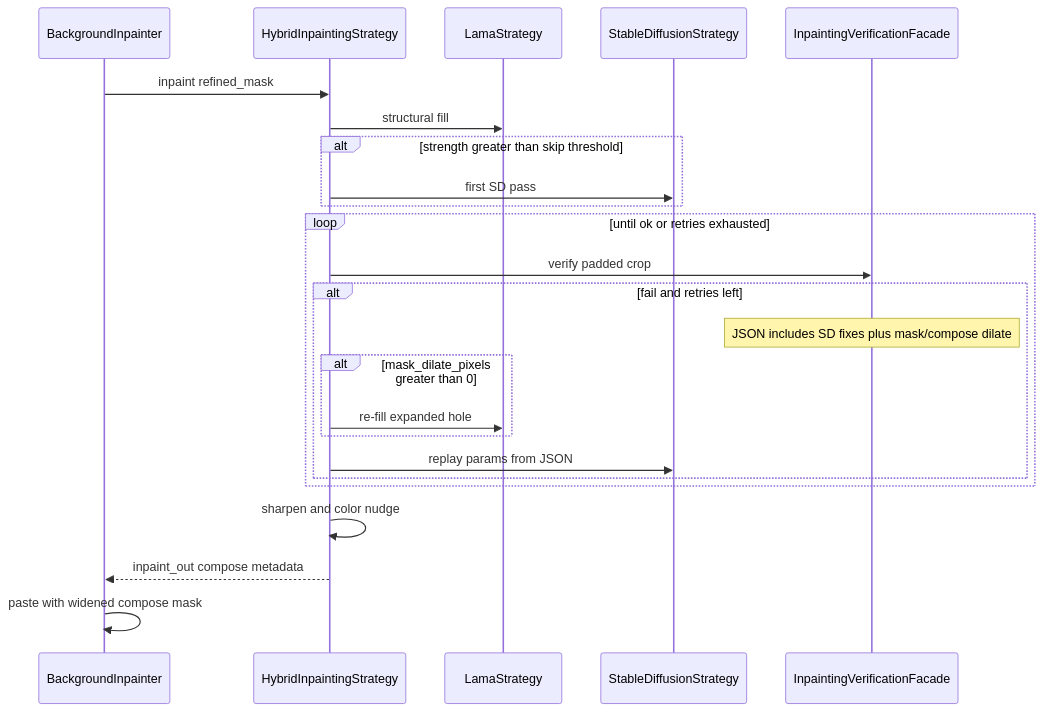
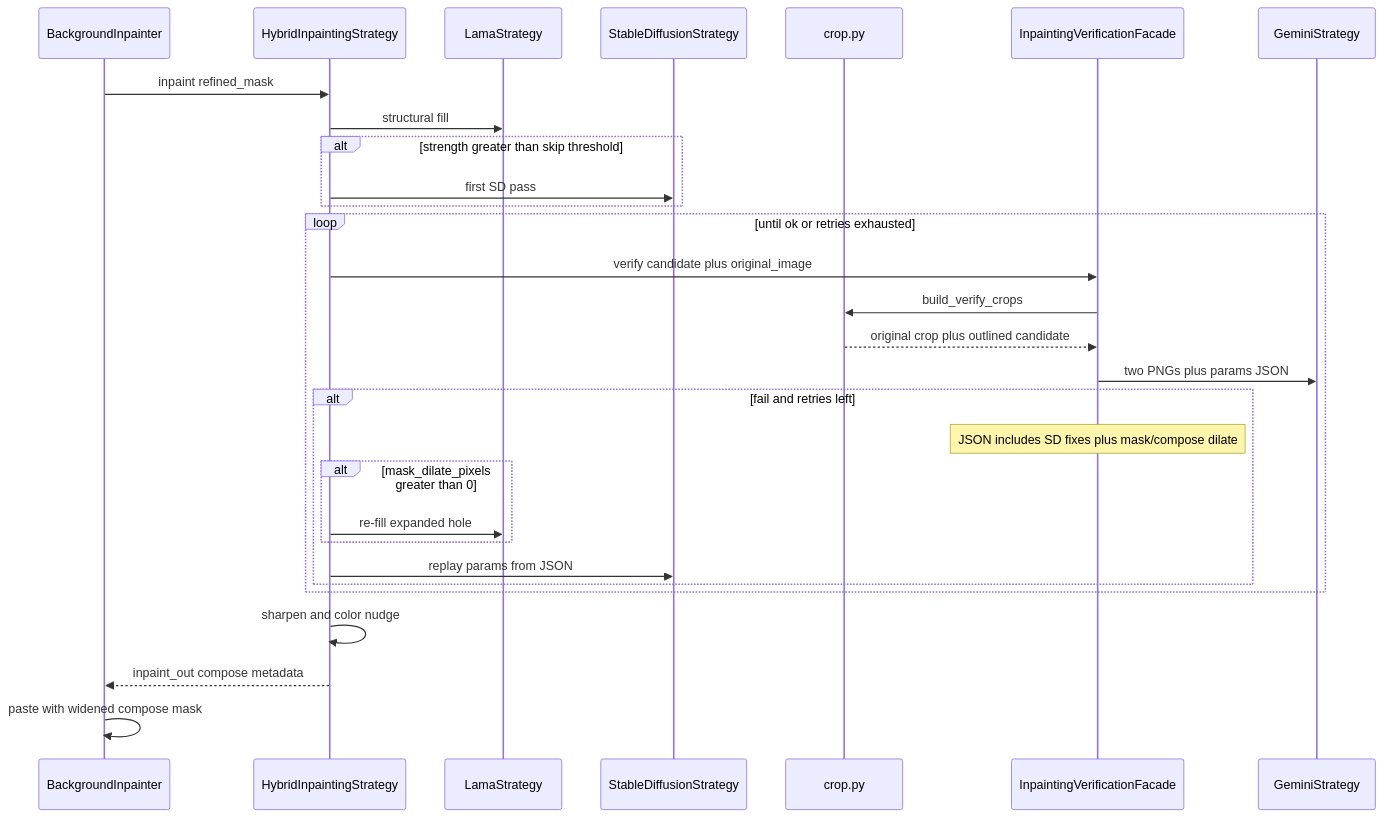
One commit to 1mache/avroom changed the diagram in docs/ai-pipeline/ai-engines/inpainting-verification/flow.md. Above: the diagram before and after it, drawn with Mermaid. The commit also changed other lines of this file and 13 other files, not shown here.

First line of the commit message:
Add dual-crop Gemini inpaint verification with mask outline.

````diff
--- a/docs/ai-pipeline/ai-engines/inpainting-verification/flow.md
+++ b/docs/ai-pipeline/ai-engines/inpainting-verification/flow.md
@@ -3,27 +3,32 @@
 ```mermaid
 sequenceDiagram
     participant BG as BackgroundInpainter
     participant Hybrid as HybridInpaintingStrategy
     participant Lama as LamaStrategy
     participant SD as StableDiffusionStrategy
+    participant Crop as crop.py
     participant Verifier as InpaintingVerificationFacade
+    participant Gemini as GeminiStrategy
 
     BG->>Hybrid: inpaint refined_mask
     Hybrid->>Lama: structural fill
     alt strength greater than skip threshold
         Hybrid->>SD: first SD pass
     end
     loop until ok or retries exhausted
-        Hybrid->>Verifier: verify padded crop
+        Hybrid->>Verifier: verify candidate plus original_image
+        Verifier->>Crop: build_verify_crops
+        Crop-->>Verifier: original crop plus outlined candidate
+        Verifier->>Gemini: two PNGs plus params JSON
         alt fail and retries left
             Note over Verifier: JSON includes SD fixes plus mask/compose dilate
             alt mask_dilate_pixels greater than 0
                 Hybrid->>Lama: re-fill expanded hole
             end
             Hybrid->>SD: replay params from JSON
         end
     end
     Hybrid->>Hybrid: sharpen and color nudge
     Hybrid-->>BG: inpaint_out compose metadata
     BG->>BG: paste with widened compose mask
 ```
````
